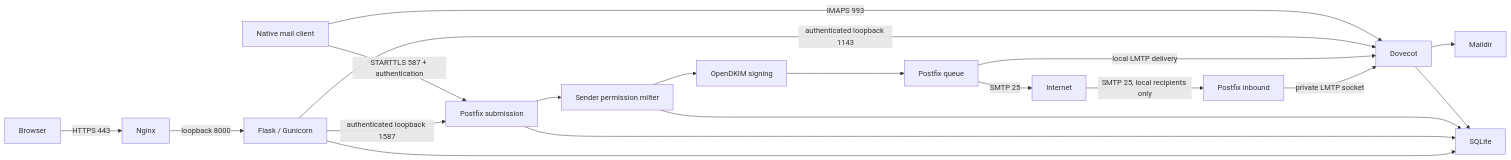
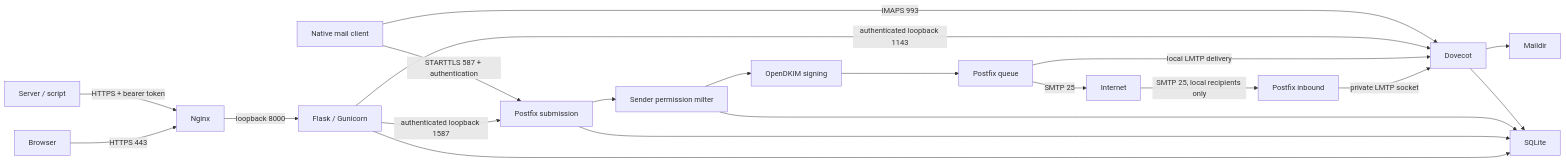
One commit to every-lemon/kagnode-mail changed the diagram in docs/architecture.md. Above: the diagram before and after it, drawn with Mermaid. The commit also changed other lines of this file and 29 other files, not shown here.

````diff
--- a/docs/architecture.md
+++ b/docs/architecture.md
@@ -3,21 +3,22 @@
 ```mermaid
 flowchart LR
   Browser -->|HTTPS 443| Nginx
+  Integration[Server / script] -->|HTTPS + bearer token| Nginx
   Nginx -->|loopback 8000| Web[Flask / Gunicorn]
   Web -->|authenticated loopback 1587| Submission[Postfix submission]
   Client[Native mail client] -->|STARTTLS 587 + authentication| Submission
   Submission --> Guard[Sender permission milter]
   Guard --> DKIM[OpenDKIM signing]
   DKIM --> Queue[Postfix queue]
   Queue -->|SMTP 25| Internet
   Internet -->|SMTP 25, local recipients only| Inbound[Postfix inbound]
   Inbound -->|private LMTP socket| Dovecot
   Queue -->|local LMTP delivery| Dovecot
   Web -->|authenticated loopback 1143| Dovecot
   Client -->|IMAPS 993| Dovecot
   Dovecot --> Maildir
   Web --> SQLite
   Submission --> SQLite
   Guard --> SQLite
   Dovecot --> SQLite
 ```
````
